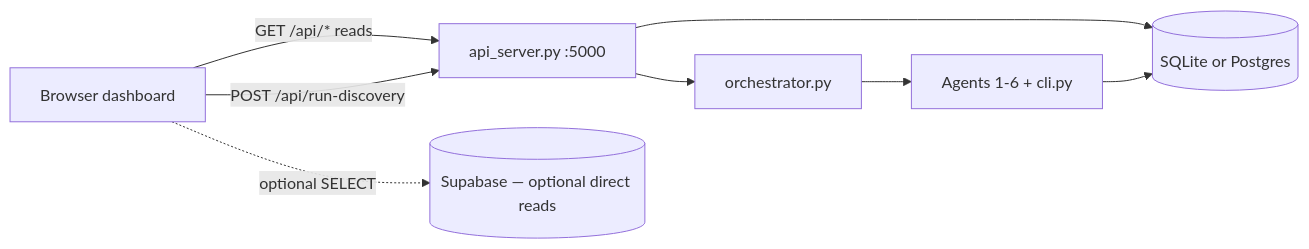
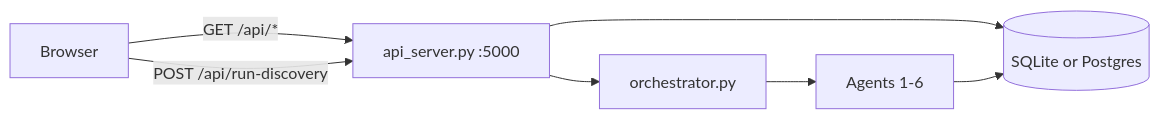
Before and after one commit to kahinimehta/Quorum: the diagram in docs/DASHBOARD.md, drawn with Mermaid. The commit also changed other lines of this file and 14 other files, not shown here.

````diff
--- a/docs/DASHBOARD.md
+++ b/docs/DASHBOARD.md
@@ -11,17 +22,15 @@
 ```mermaid
 flowchart LR
-  Browser[Browser dashboard]
+  Browser[Browser]
   API[api_server.py :5000]
   DB[(SQLite or Postgres)]
   Orch[orchestrator.py]
-  Agents[Agents 1-6 + cli.py]
-  SB[(Supabase — optional direct reads)]
+  Agents[Agents 1-6]
 
-  Browser -->|GET /api/* reads| API
-  Browser -.->|optional SELECT| SB
+  Browser -->|GET /api/*| API
   Browser -->|POST /api/run-discovery| API
   API --> DB
   API --> Orch
   Orch --> Agents
   Agents --> DB
 ```
````
